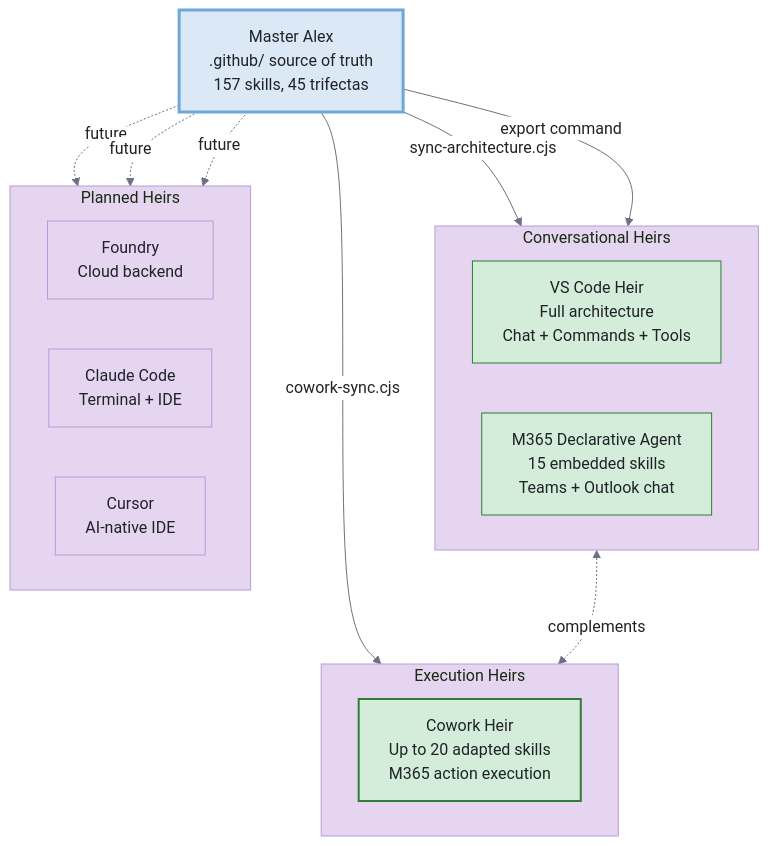
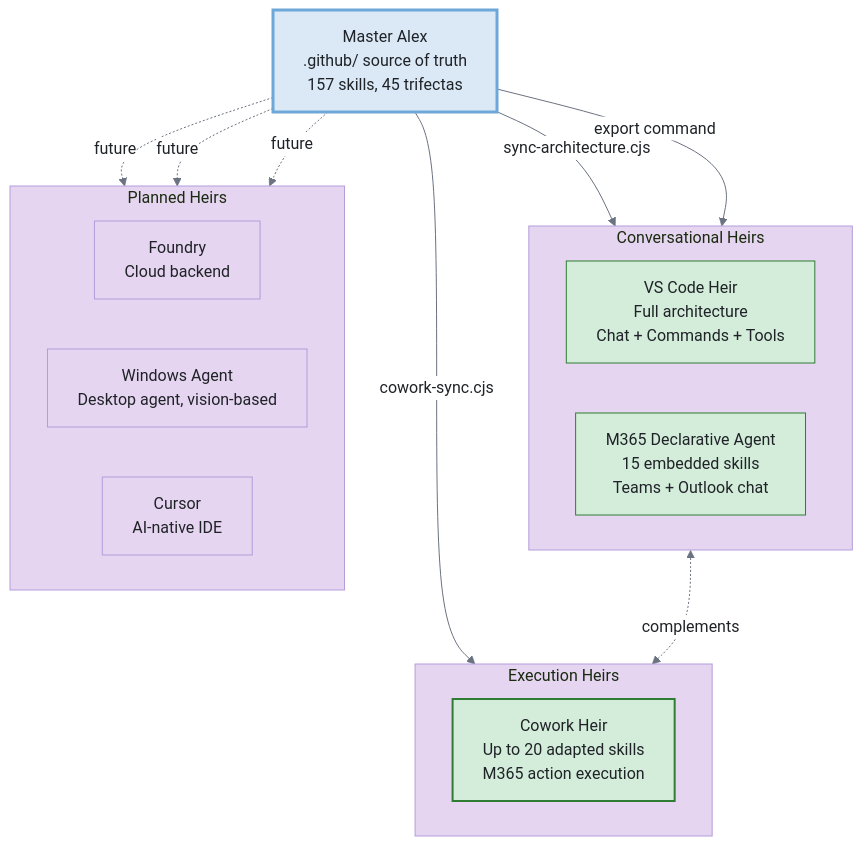
Before and after one commit to fabioc-aloha/Alex_Plug_In: the first of 8 diagrams in alex_docs/cowork/ARCHITECTURE.md, drawn with Mermaid. The commit also changed other lines of this file and 2 other files, not shown here.

First line of the commit message:
docs: audit and fix 7 diagram issues in Cowork research

````diff
--- a/alex_docs/cowork/ARCHITECTURE.md
+++ b/alex_docs/cowork/ARCHITECTURE.md
@@ -21,40 +21,40 @@
 ```mermaid
 %%{init: {'theme': 'base', 'themeVariables': {'background': '#f8f9fa', 'primaryColor': '#dbe9f6', 'primaryTextColor': '#1f2328', 'primaryBorderColor': '#6ea8d9', 'lineColor': '#6b7280', 'secondaryColor': '#d4f5f7', 'secondaryBorderColor': '#5ab5a0', 'tertiaryColor': '#e6d5f0', 'tertiaryBorderColor': '#b39ddb', 'edgeLabelBackground': '#ffffff', 'fontFamily': 'Segoe UI, system-ui, sans-serif'}}}%%
 flowchart TD
     MASTER["Master Alex<br/>.github/ source of truth<br/>157 skills, 45 trifectas"]
 
     subgraph CONV["Conversational Heirs"]
         direction LR
         VSCODE["VS Code Heir<br/>Full architecture<br/>Chat + Commands + Tools"]
         M365["M365 Declarative Agent<br/>15 embedded skills<br/>Teams + Outlook chat"]
     end
 
     subgraph EXEC["Execution Heirs"]
         direction LR
         COWORK["Cowork Heir<br/>Up to 20 adapted skills<br/>M365 action execution"]
     end
 
     subgraph PLANNED["Planned Heirs"]
         direction LR
         FOUNDRY["Foundry<br/>Cloud backend"]
-        CLAUDE["Claude Code<br/>Terminal + IDE"]
+        WINAGENT["Windows Agent<br/>Desktop agent, vision-based"]
         CURSOR["Cursor<br/>AI-native IDE"]
     end
 
     MASTER -->|sync-architecture.cjs| VSCODE
     MASTER -->|export command| M365
     MASTER -->|cowork-sync.cjs| COWORK
     MASTER -.->|future| FOUNDRY
-    MASTER -.->|future| CLAUDE
+    MASTER -.->|future| WINAGENT
     MASTER -.->|future| CURSOR
 
     M365 <-.->|complements| COWORK
 
     style MASTER fill:#dbe9f6,stroke:#6ea8d9,color:#1f2328,stroke-width:3px
     style COWORK fill:#d4edda,stroke:#2e7d32,color:#1f2328,stroke-width:2px
     style VSCODE fill:#d4edda,stroke:#2e7d32,color:#1f2328
     style M365 fill:#d4edda,stroke:#2e7d32,color:#1f2328
     style FOUNDRY fill:#e6d5f0,stroke:#b39ddb,color:#1f2328
-    style CLAUDE fill:#e6d5f0,stroke:#b39ddb,color:#1f2328
+    style WINAGENT fill:#e6d5f0,stroke:#b39ddb,color:#1f2328
     style CURSOR fill:#e6d5f0,stroke:#b39ddb,color:#1f2328
 ```
````
